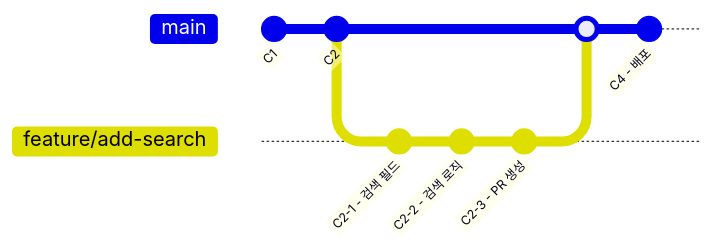
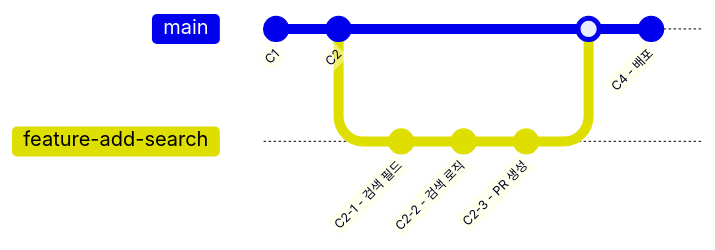
One commit to jingu279/Document changed the diagram in 06_GitHub/03_GitHub_Flow.md. Above: the diagram before and after it, drawn with Mermaid. The commit also changed 6 other files, not shown here.

Commit message:
Fix Mermaid syntax: quote Korean labels, remove slashes in branch names, avoid reserved keywords

````diff
--- a/06_GitHub/03_GitHub_Flow.md
+++ b/06_GitHub/03_GitHub_Flow.md
@@ -17,13 +17,13 @@
 ```mermaid
 gitGraph
    commit id: "C1"
    commit id: "C2"
-   branch feature/add-search
-   checkout feature/add-search
-   commit id: "C2-1 - 검색 필드"
-   commit id: "C2-2 - 검색 로직"
-   commit id: "C2-3 - PR 생성"
-   checkout main
-   merge feature/add-search
+    branch feature-add-search
+    checkout feature-add-search
+    commit id: "C2-1 - 검색 필드"
+    commit id: "C2-2 - 검색 로직"
+    commit id: "C2-3 - PR 생성"
+    checkout main
+    merge feature-add-search
    commit id: "C4 - 배포"
 ```
````
